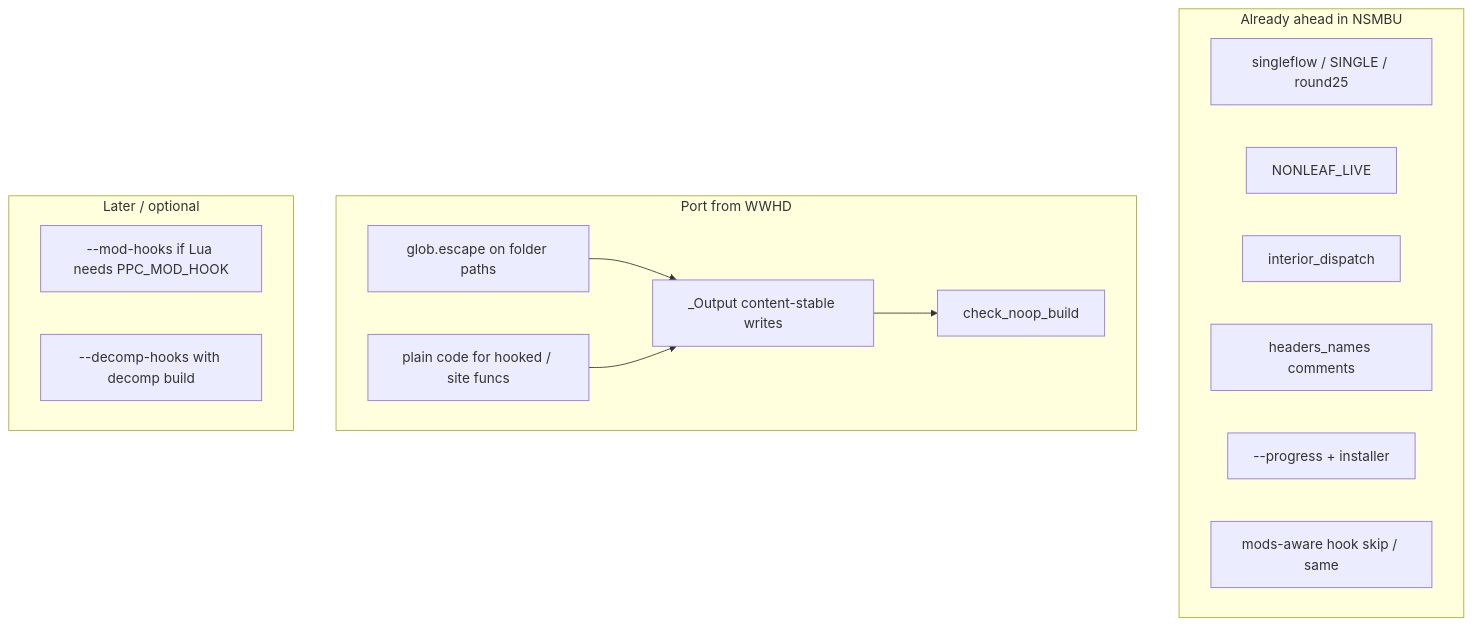
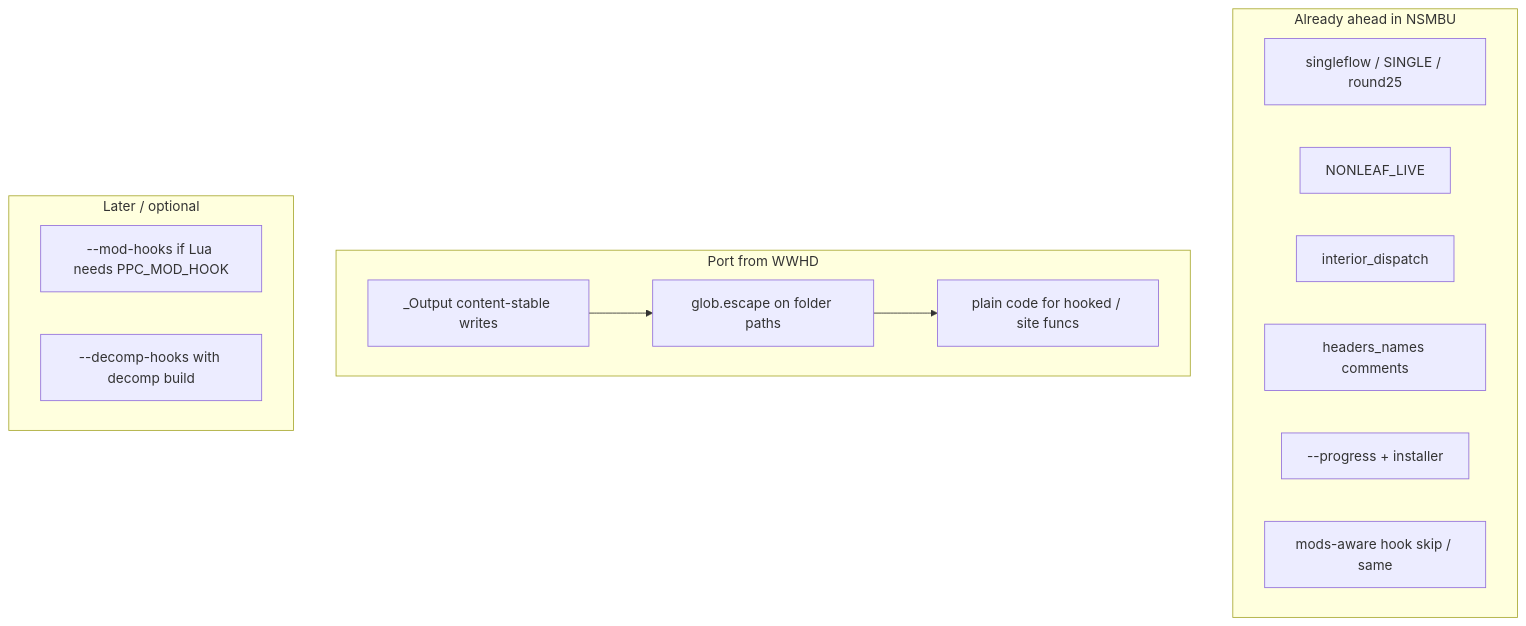
One commit to nsmbu-recomp/nsmbu-recomp changed the diagram in docs/plans/recomp-wwhd-port.md. Above: the diagram before and after it, drawn with Mermaid. The commit also changed other lines of this file and 9 other files, not shown here.

````diff
--- a/docs/plans/recomp-wwhd-port.md
+++ b/docs/plans/recomp-wwhd-port.md
@@ -14,24 +14,22 @@
 ```mermaid
 flowchart TB
   subgraph keep [Already ahead in NSMBU]
     Single[singleflow / SINGLE / round25]
     Live[NONLEAF_LIVE]
     Interior[interior_dispatch]
     Names[headers_names comments]
     Progress[--progress + installer]
     ModsHook[mods-aware hook skip / same]
   end
   subgraph port [Port from WWHD]
     Out[_Output content-stable writes]
-    Noop[check_noop_build]
     Escape[glob.escape on folder paths]
     Plain[plain code for hooked / site funcs]
   end
   subgraph later [Later / optional]
     ModHooks[--mod-hooks if Lua needs PPC_MOD_HOOK]
     Decomp[--decomp-hooks with decomp build]
   end
-  Out --> Noop
-  Escape --> Out
-  Plain --> Out
+  Out --> Escape
+  Escape --> Plain
 ```
````
